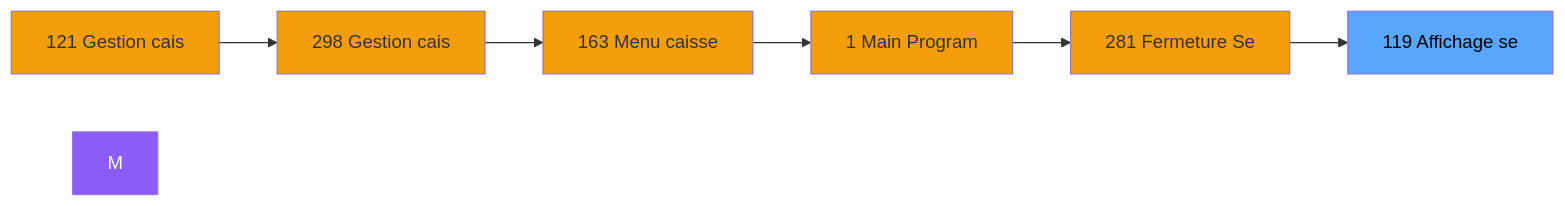
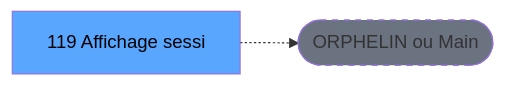
One commit to thonyAGP/lecteur-magic changed the second of 3 diagrams in .openspec/specs/ADH-IDE-119.md. Above: the diagram before and after it, drawn with Mermaid. The commit also changed other lines of this file and 701 other files, not shown here.

````diff
--- a/.openspec/specs/ADH-IDE-119.md
+++ b/.openspec/specs/ADH-IDE-119.md
@@ -117,21 +121,8 @@
 ```mermaid
 graph LR
-    N121[121 Gestion cais]
-    N298[298 Gestion cais]
-    N163[163 Menu caisse ]
-    N1[1 Main Program]
-    N281[281 Fermeture Se]
-    T[119 Affichage se]
-    N121 --> N298
-    N298 --> N163
-    N163 --> N1
-    N1 --> N281
-    N281 --> T
-    style M fill:#8b5cf6,color:#fff
-    style N121 fill:#f59e0b
-    style N298 fill:#f59e0b
-    style N163 fill:#f59e0b
-    style N1 fill:#f59e0b
-    style N281 fill:#f59e0b
+    T[119 Affichage sessi]
+    ORPHAN([ORPHELIN ou Main])
+    T -.-> ORPHAN
     style T fill:#58a6ff,color:#000
+    style ORPHAN fill:#6b7280,stroke-dasharray: 5 5
 ```
````
